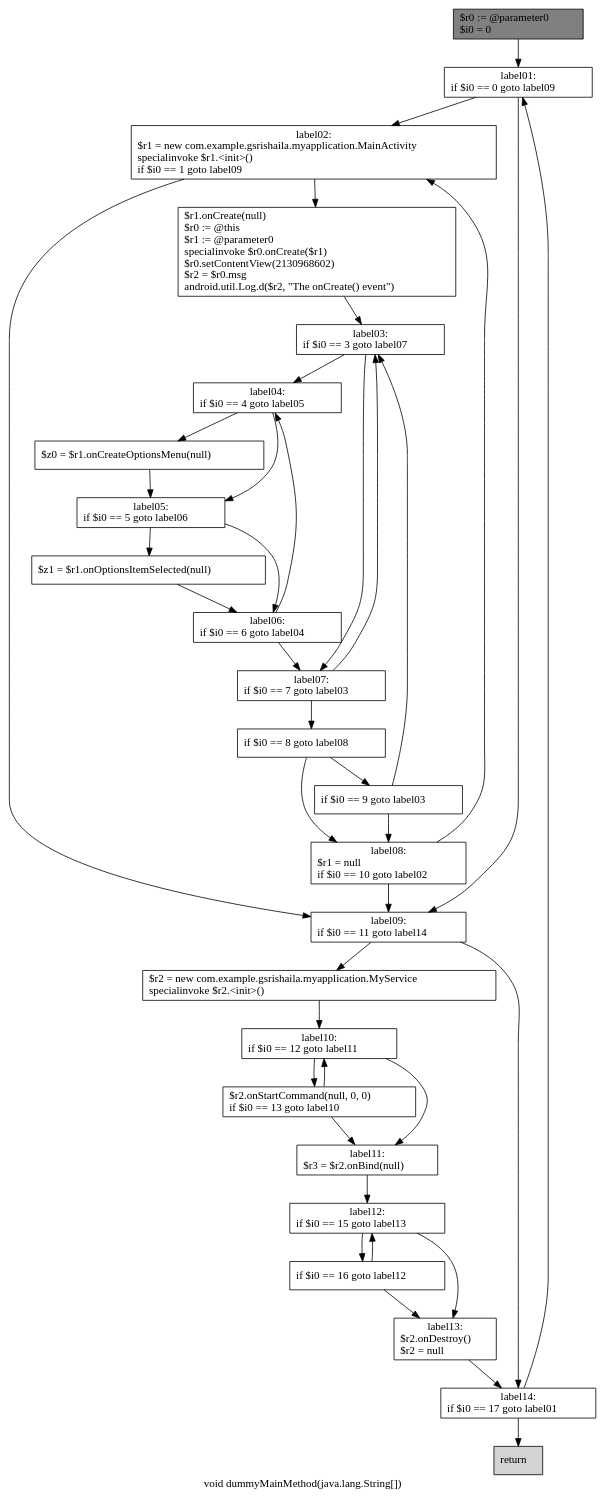
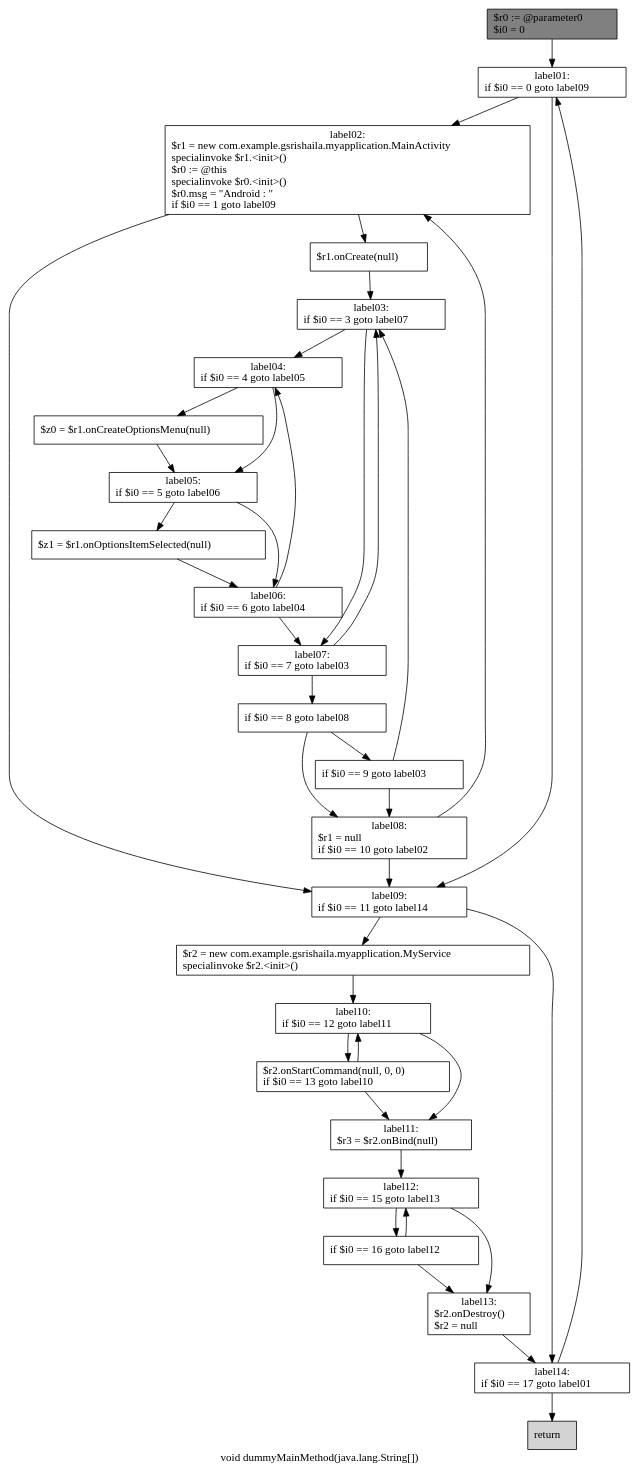
The diagram in soot-infoflow-android-develop/<dummyMainClass: void dummyMainMethod(java.lang.String[])>333.dot (gsrishaila/summer), drawn with Graphviz before and after one commit. The commit also changed 1 other file, not shown here.

```diff
--- a/soot-infoflow-android-develop/<dummyMainClass: void dummyMainMethod(java.lang.String[])>333.dot
+++ b/soot-infoflow-android-develop/<dummyMainClass: void dummyMainMethod(java.lang.String[])>333.dot
@@ -1,67 +1,67 @@
 digraph "void dummyMainMethod(java.lang.String[])" {
     label="void dummyMainMethod(java.lang.String[])";
     node [shape=box];
     "0" [style=filled,fillcolor=gray,label="$r0 := @parameter0\l$i0 = 0\l",];
     "1" [label="label01:\nif $i0 == 0 goto label09\l",];
     "0"->"1";
-    "2" [label="label02:\n$r1 = new com.example.gsrishaila.myapplication.MainActivity\lspecialinvoke $r1.<init>()\lif $i0 == 1 goto label09\l",];
+    "2" [label="label02:\n$r1 = new com.example.gsrishaila.myapplication.MainActivity\lspecialinvoke $r1.<init>()\l$r0 := @this\lspecialinvoke $r0.<init>()\l$r0.msg = \"Android : \"\lif $i0 == 1 goto label09\l",];
     "1"->"2";
     "14" [label="label09:\nif $i0 == 11 goto label14\l",];
     "1"->"14";
-    "3" [label="$r1.onCreate(null)\l$r0 := @this\l$r1 := @parameter0\lspecialinvoke $r0.onCreate($r1)\l$r0.setContentView(2130968602)\l$r2 = $r0.msg\landroid.util.Log.d($r2, \"The onCreate() event\")\l",];
+    "3" [label="$r1.onCreate(null)\l",];
     "2"->"3";
     "2"->"14";
     "4" [label="label03:\nif $i0 == 3 goto label07\l",];
     "3"->"4";
     "5" [label="label04:\nif $i0 == 4 goto label05\l",];
     "4"->"5";
     "10" [label="label07:\nif $i0 == 7 goto label03\l",];
     "4"->"10";
     "6" [label="$z0 = $r1.onCreateOptionsMenu(null)\l",];
     "5"->"6";
     "7" [label="label05:\nif $i0 == 5 goto label06\l",];
     "5"->"7";
     "6"->"7";
     "8" [label="$z1 = $r1.onOptionsItemSelected(null)\l",];
     "7"->"8";
     "9" [label="label06:\nif $i0 == 6 goto label04\l",];
     "7"->"9";
     "8"->"9";
     "9"->"5";
     "9"->"10";
     "10"->"4";
     "11" [label="if $i0 == 8 goto label08\l",];
     "10"->"11";
     "12" [label="if $i0 == 9 goto label03\l",];
     "11"->"12";
     "13" [label="label08:\n$r1 = null\lif $i0 == 10 goto label02\l",];
     "11"->"13";
     "12"->"4";
     "12"->"13";
     "13"->"2";
     "13"->"14";
     "15" [label="$r2 = new com.example.gsrishaila.myapplication.MyService\lspecialinvoke $r2.<init>()\l",];
     "14"->"15";
     "22" [label="label14:\nif $i0 == 17 goto label01\l",];
     "14"->"22";
     "16" [label="label10:\nif $i0 == 12 goto label11\l",];
     "15"->"16";
     "17" [label="$r2.onStartCommand(null, 0, 0)\lif $i0 == 13 goto label10\l",];
     "16"->"17";
     "18" [label="label11:\n$r3 = $r2.onBind(null)\l",];
     "16"->"18";
     "17"->"16";
     "17"->"18";
     "19" [label="label12:\nif $i0 == 15 goto label13\l",];
     "18"->"19";
     "20" [label="if $i0 == 16 goto label12\l",];
     "19"->"20";
     "21" [label="label13:\n$r2.onDestroy()\l$r2 = null\l",];
     "19"->"21";
     "20"->"19";
     "20"->"21";
     "21"->"22";
     "22"->"1";
     "23" [style=filled,fillcolor=lightgray,label="return\l",];
     "22"->"23";
 }
```
